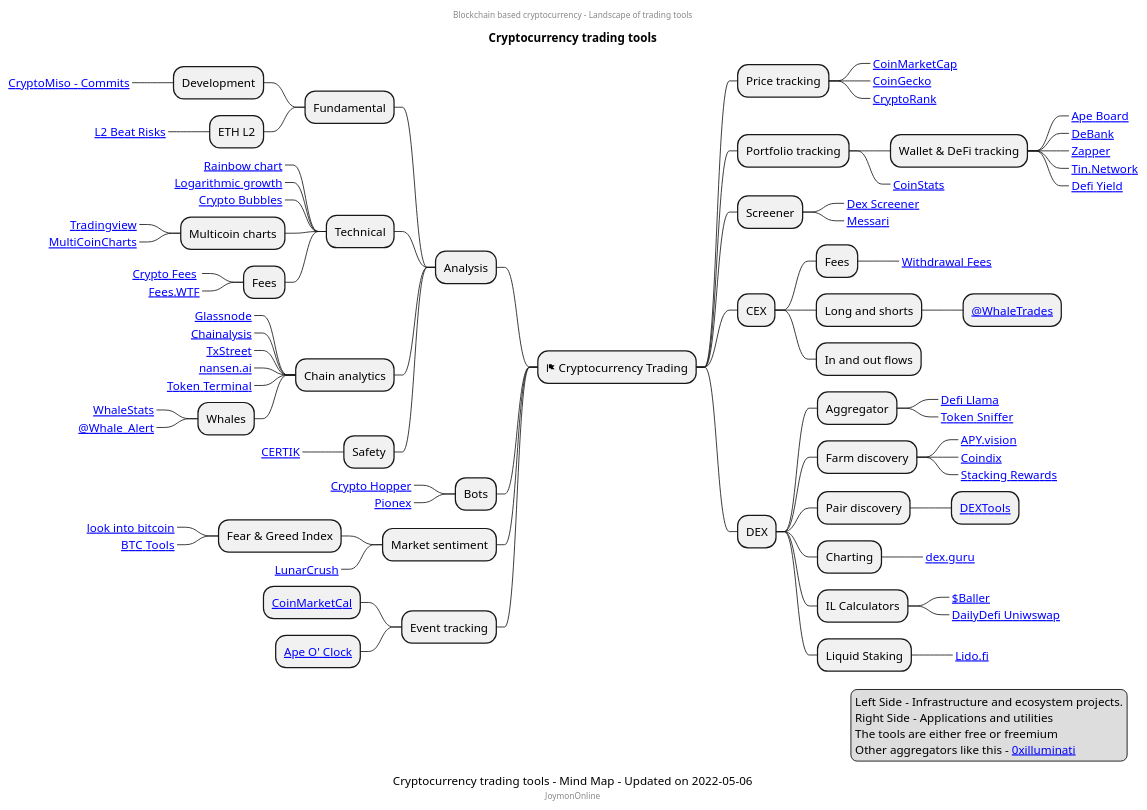
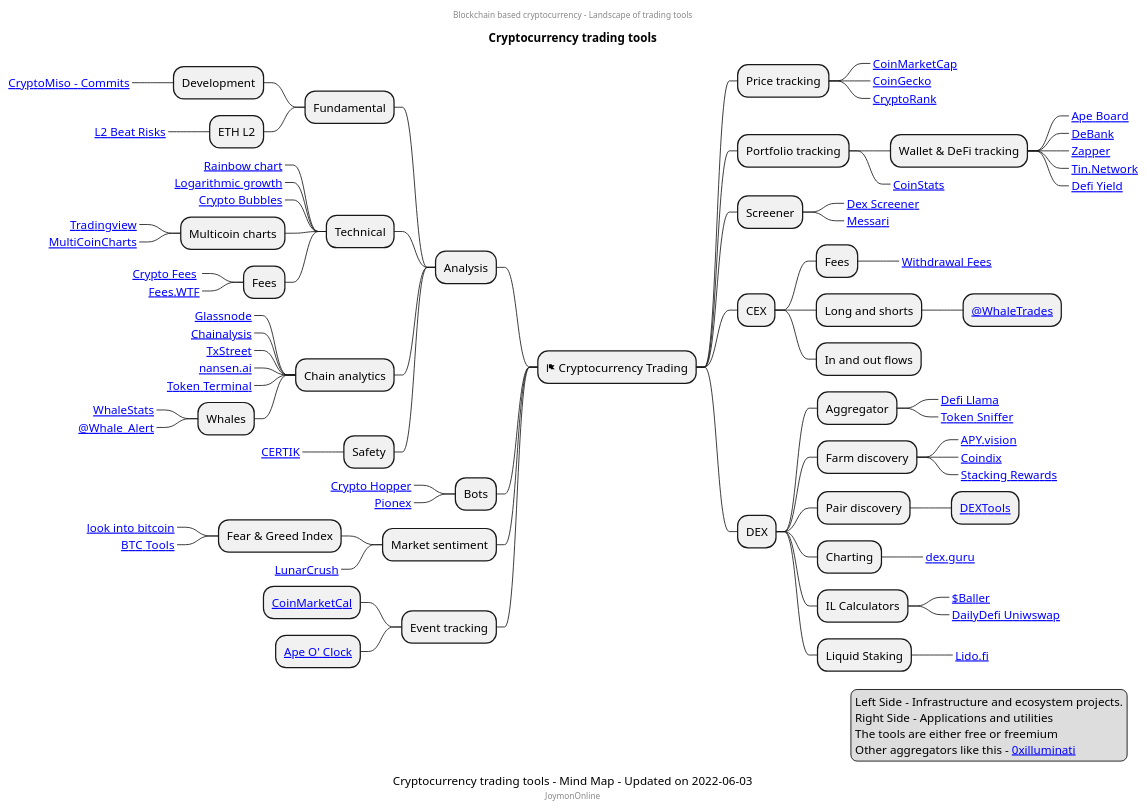
The diagram in cryptocurrency/trading-tools.puml (mind-maps/blockchain), drawn with PlantUML before and after one commit.

Commit message:
Updated date

```diff
--- a/cryptocurrency/trading-tools.puml
+++ b/cryptocurrency/trading-tools.puml
@@ -1,103 +1,103 @@
 @startmindmap
 center header
 Blockchain based cryptocurrency - Landscape of trading tools
 endheader
 title Cryptocurrency trading tools
 center footer JoymonOnline
 * <&flag> Cryptocurrency Trading
 ** Price tracking
 ***_ [[https://coinmarketcap.com/ CoinMarketCap]]
 ***_ [[https://www.coingecko.com/ CoinGecko]]
 ***_ [[https://cryptorank.io/trending CryptoRank]]
 
 ** Portfolio tracking
 *** Wallet & DeFi tracking
 ****_ [[https://apeboard.finance Ape Board]]
 ****_ [[https://debank.com/ DeBank]]
 ****_ [[https://zapper.fi/ Zapper]]
 ****_ [[https://tin.network/ Tin.Network]]
 ****_ [[https://defiyield.app/dashboard Defi Yield]]
 ***_ [[https://coinstats.app CoinStats]]
 /' ** Visualizers, Charting
 ***_ [[https://l2beat.com/ L2 Beat]]
 '/
 ** Screener
 ***_ [[https://dexscreener.com Dex Screener]]
 ***_ [[https://messari.io/screener Messari]]
 ** CEX
 *** Fees
 ****_ [[https://withdrawalfees.com/ Withdrawal Fees]]
 *** Long and shorts
 **** [[https://twitter.com/WhaleTrades @WhaleTrades]]
 *** In and out flows
 ** DEX
 *** Aggregator
 ****_ [[https://defillama.com/ Defi Llama]]
 ****_ [[https://tokensniffer.com/ Token Sniffer]]
 *** Farm discovery
 ****_ [[https://app.apy.vision APY.vision]]
 ****_ [[https://coindix.com/ Coindix]]
 ****_ [[https://stakingrewards.com Stacking Rewards]]
 *** Pair discovery
 **** [[https://dextools.io DEXTools]]
 *** Charting
 ****_ [[ https://dex.guru/ dex.guru]]
 *** IL Calculators
 ****_ [[https://baller.netlify.app/ $Baller]]
 ****_ [[https://dailydefi.org/tools/impermanent-loss-calculator/ DailyDefi Uniwswap]]
 *** Liquid Staking
 ****_ [[https://lido.fi/ Lido.fi]]
 Left Side
 
 ** Analysis
 ***  Fundamental
 **** Development
 *****_ [[https://www.cryptomiso.com/months_3.html CryptoMiso - Commits]]
 **** ETH L2
 *****_ [[https://l2beat.com/?view=risk L2 Beat Risks]]
 *** Technical
 ****_ [[https://www.blockchaincenter.net/en/bitcoin-rainbow-chart/ Rainbow chart]]
 ****_ [[https://www.lookintobitcoin.com/charts/bitcoin-logarithmic-growth-curve/ Logarithmic growth]]
 ****_ [[https://cryptobubbles.net/ Crypto Bubbles]]
 **** Multicoin charts
 *****_ [[https://www.tradingview.com/ Tradingview]]
 *****_ [[https://www.multicoincharts.com/ MultiCoinCharts]]
 **** Fees
 *****_ [[https://cryptofees.info/ Crypto Fees ]]
 *****_ [[https://fees.wtf/#/ Fees.WTF]]
 *** Chain analytics
 ****_ [[https://studio.glassnode.com Glassnode]]
 ****_ [[https://markets.chainalysis.com Chainalysis]]
 ****_ [[https://txstreet.com/ TxStreet]]
 ****_ [[https://www.nansen.ai/ nansen.ai]]
 ****_ [[https://tokenterminal.com/ Token Terminal]]
 **** Whales
 *****_ [[https://www.whalestats.com/analysis-of-the-top-100-eth-wallets WhaleStats]]
 *****_ [[https://twitter.com/whale_alert @Whale_Alert]]
 *** Safety
 ****_ [[https://www.certik.com/ CERTIK]]
 /' ** APIs
 *** Chain
 ****_ [[https://nownodes.io/pricing NowNodes]]
 '/
 ** Bots
 ***_ [[https://www.cryptohopper.com/ Crypto Hopper]]
 ***_ [[https://www.pionex.com/ Pionex]]
 ** Market sentiment
 *** Fear & Greed Index
 ****_ [[https://www.lookintobitcoin.com/charts/bitcoin-fear-and-greed-index/ look into bitcoin]]
 ****_ [[https://btctools.io/stats/crypto-fear-and-greed-index BTC Tools]]
 ***_ [[https://lunarcrush.com/markets LunarCrush]]
 ** Event tracking
 *** [[https://coinmarketcal.com CoinMarketCal]]
 *** [[https://apeoclock.com Ape O' Clock]]
 
 legend right
 Left Side - Infrastructure and ecosystem projects.
 Right Side - Applications and utilities
 The tools are either free or freemium
 Other aggregators like this - [[https://0xilluminati.com/1f3a72793fc64eaca86f19a655610d94 0xilluminati]]
 endlegend
-caption Cryptocurrency trading tools - Mind Map - Updated on 2022-05-06
+caption Cryptocurrency trading tools - Mind Map - Updated on 2022-06-03
 
 @endmindmap
```
